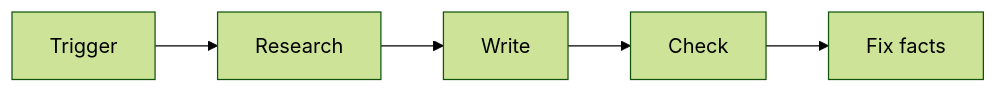
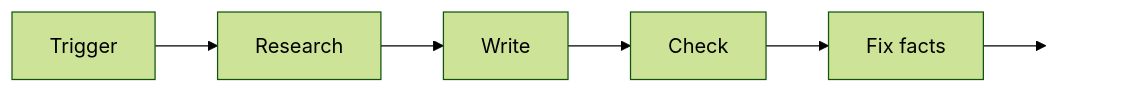
One commit to kevinsundstrom/vercel-case-study changed the first of 2 diagrams in README.md. Above: the diagram before and after it, drawn with Mermaid (forest theme). The commit also changed other lines of this file, not shown here.

Commit message:
fix: add padding node to top diagram, switch lint loop to TD

````diff
--- a/README.md
+++ b/README.md
@@ -29,4 +29,5 @@
 ```mermaid
 flowchart LR
-    A[Trigger] --> B[Research] --> C[Write] --> D[Check] --> E[Fix facts]
+    A[Trigger] --> B[Research] --> C[Write] --> D[Check] --> E[Fix facts] --> P[ ]
+    style P fill:none,stroke:none,color:none
 ```
````
